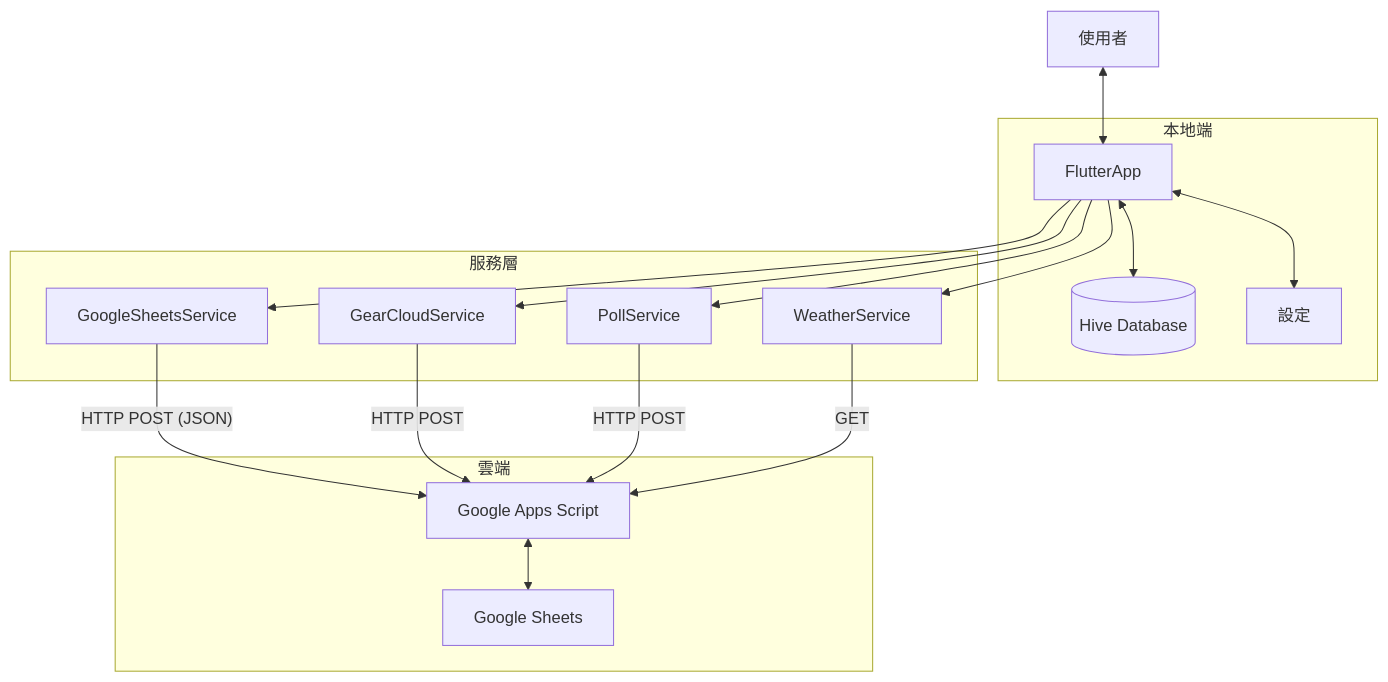
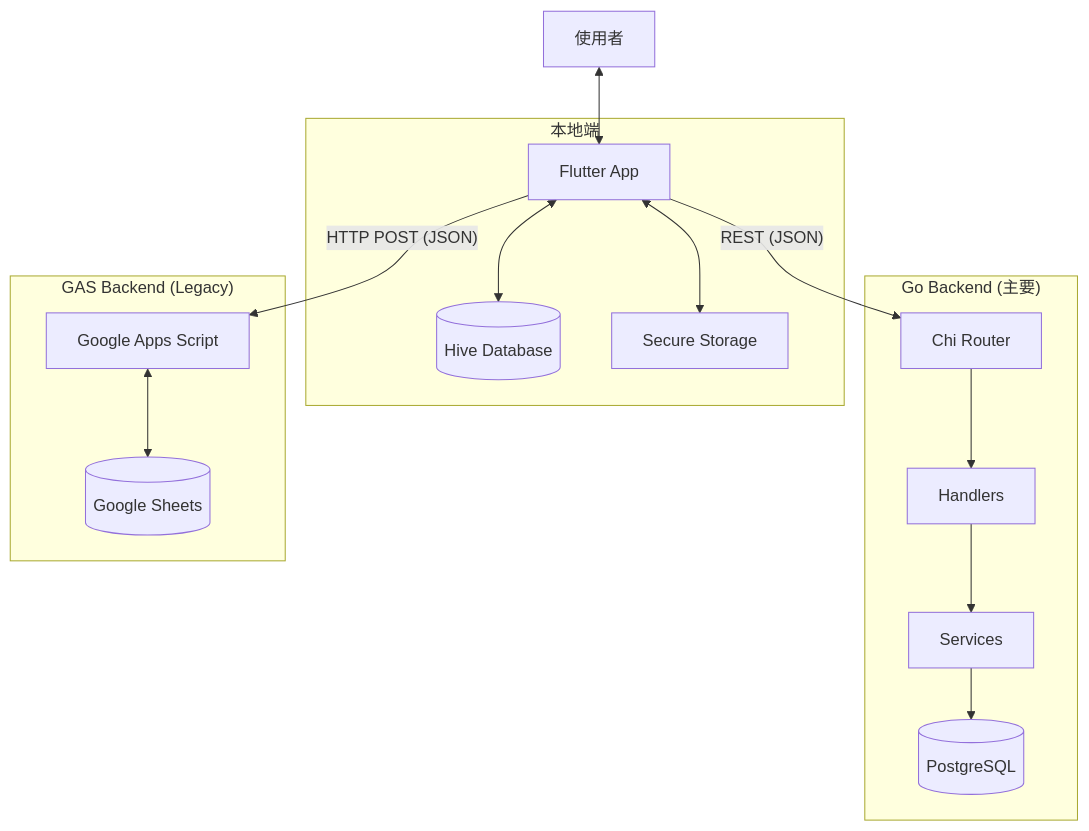
The first of 2 diagrams in docs/architecture/OVERVIEW.md (dectecx/SummitMate), drawn with Mermaid before and after one commit. The commit also changed other lines of this file and 11 other files, not shown here.

Commit message:
docs: update all documentation to reflect Go backend and current architecture

````diff
--- a/docs/architecture/OVERVIEW.md
+++ b/docs/architecture/OVERVIEW.md
@@ -11,24 +11,21 @@
 ```mermaid
 graph TD
-    User[使用者] <--> FlutterApp
+    User[使用者] <--> FlutterApp[Flutter App]
 
-    subgraph Local [本地端]
+    subgraph Local ["本地端"]
         FlutterApp <--> Hive[(Hive Database)]
-        FlutterApp <--> SharedPreferences[設定]
+        FlutterApp <--> SecureStorage[Secure Storage]
     end
 
-    subgraph Service Layer [服務層]
-        FlutterApp --> GoogleSheetsService
-        FlutterApp --> GearCloudService
-        FlutterApp --> PollService
-        FlutterApp --> WeatherService
+    subgraph GoBackend ["Go Backend (主要)"]
+        FlutterApp -- "REST (JSON)" --> ChiRouter[Chi Router]
+        ChiRouter --> Handlers[Handlers]
+        Handlers --> Services[Services]
+        Services --> PgPool[(PostgreSQL)]
     end
 
-    subgraph Cloud [雲端]
-        GoogleSheetsService -- HTTP POST (JSON) --> GAS[Google Apps Script]
-        GearCloudService -- HTTP POST --> GAS
-        PollService -- HTTP POST --> GAS
-        WeatherService -- GET --> GAS
-        GAS <--> GSheets[Google Sheets]
+    subgraph GASBackend ["GAS Backend (Legacy)"]
+        FlutterApp -- "HTTP POST (JSON)" --> GAS[Google Apps Script]
+        GAS <--> GSheets[(Google Sheets)]
     end
 ```
````
